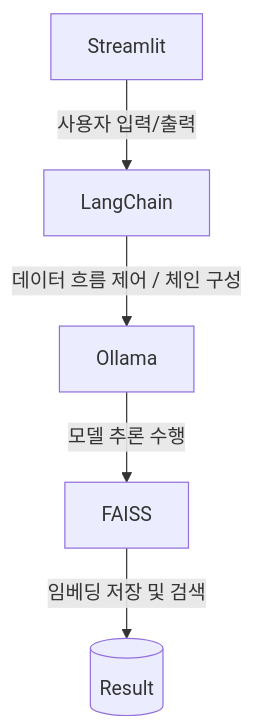
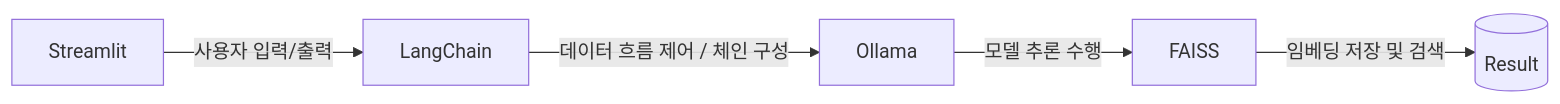
Before and after one commit to taegyu1500/RAG_team_project_repo: the diagram in README.md, drawn with Mermaid. The commit also changed other lines of this file, not shown here.

````diff
--- a/README.md
+++ b/README.md
@@ -29,7 +33,7 @@
 ```mermaid
-flowchart TD
+flowchart LR
     A[Streamlit] -->|사용자 입력/출력| B[LangChain]
     B -->|데이터 흐름 제어 / 체인 구성| C[Ollama]
     C -->|모델 추론 수행| D[FAISS]
     D -->|임베딩 저장 및 검색| E[(Result)]
 ```
````
